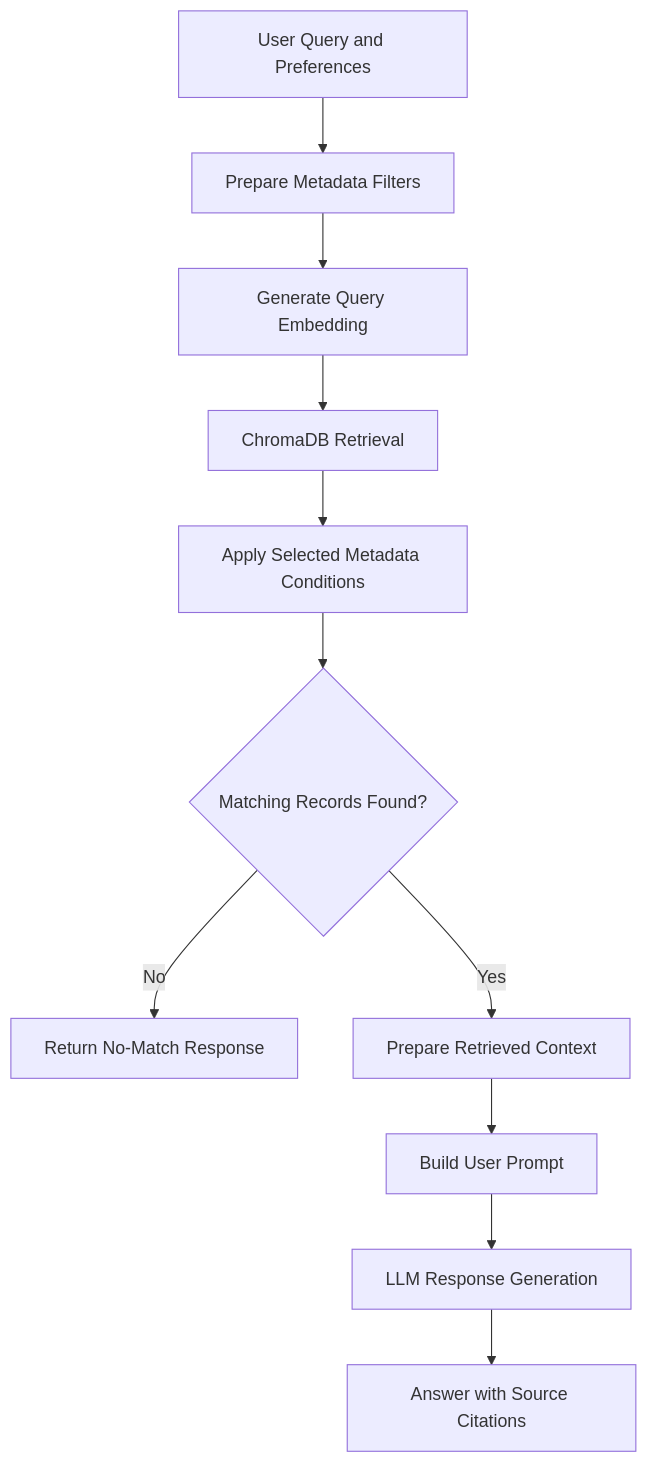
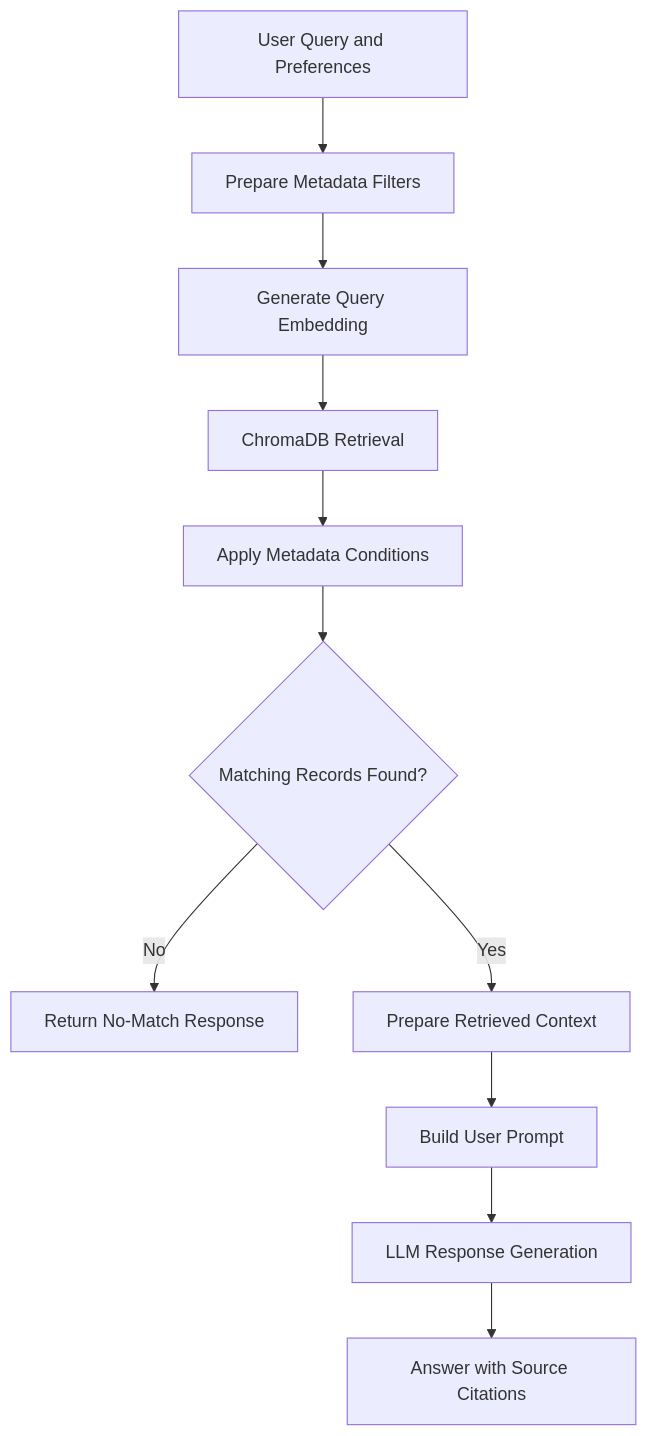
The second of 2 diagrams in 02-rag-food-recommendation-system/README.md (jaskaranjjk97/rag-lab), drawn with Mermaid before and after one commit. The commit also changed other lines of this file, not shown here.

Commit message:
Fix README screenshots and architecture diagrams

````diff
--- a/02-rag-food-recommendation-system/README.md
+++ b/02-rag-food-recommendation-system/README.md
@@ -88,14 +88,13 @@
 ```mermaid
 flowchart TD
     A["User Query and Preferences"] --> B["Prepare Metadata Filters"]
     B --> C["Generate Query Embedding"]
     C --> D["ChromaDB Retrieval"]
-    D --> E["Apply Selected Metadata Conditions"]
+    D --> E["Apply Metadata Conditions"]
     E --> F{"Matching Records Found?"}
-
     F -->|No| G["Return No-Match Response"]
     F -->|Yes| H["Prepare Retrieved Context"]
     H --> I["Build User Prompt"]
     I --> J["LLM Response Generation"]
     J --> K["Answer with Source Citations"]
 ```
````
